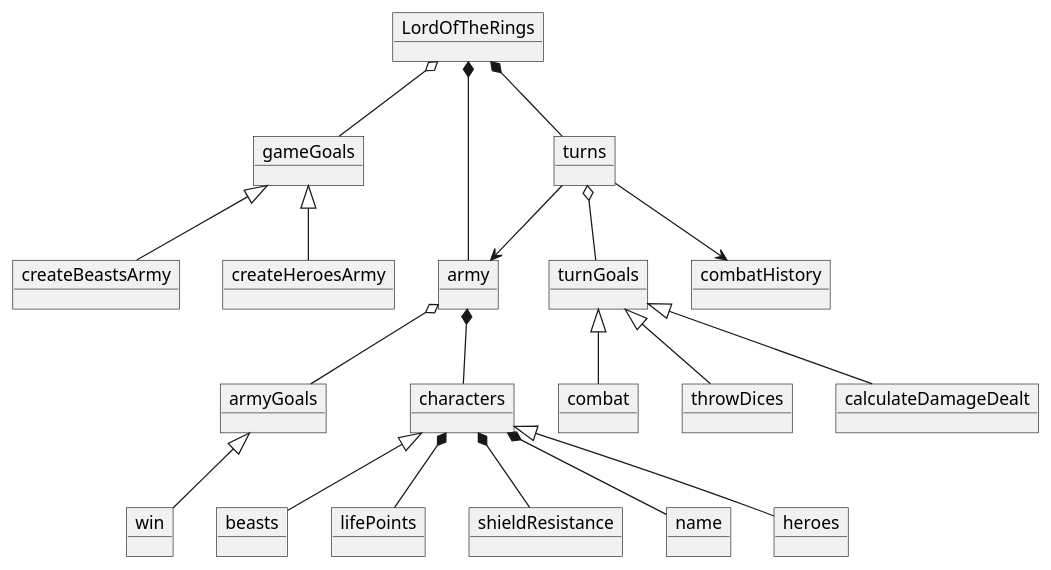
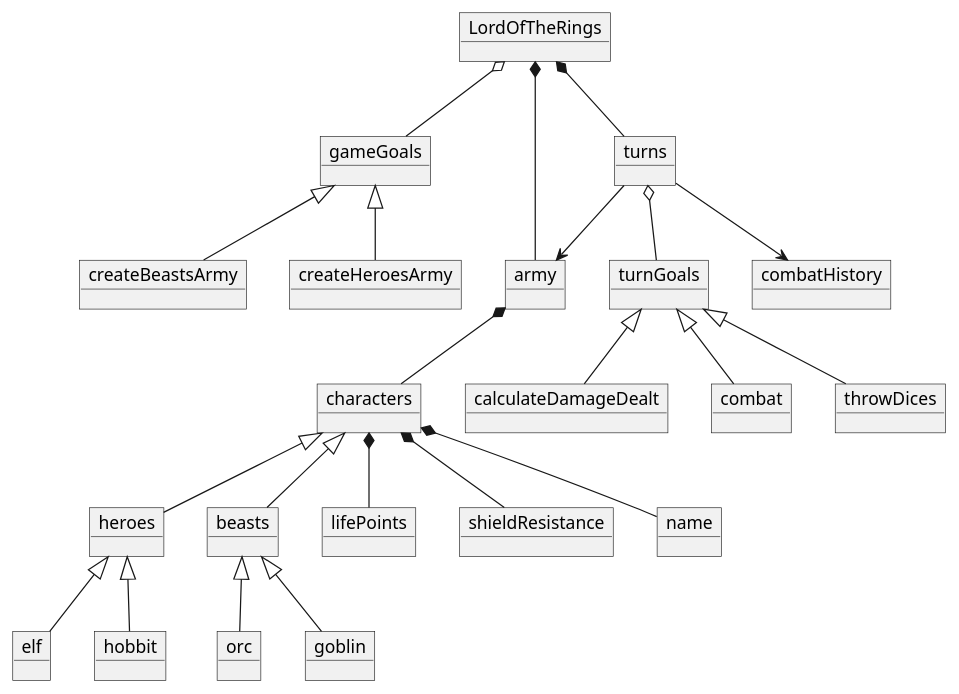
One commit to daniel-Lopez-telus/LordOfTheRings changed the diagram in docs/ObjectDiagram.puml. Above: the diagram before and after it, drawn with PlantUML.

Commit message:
object diagram updated

```diff
--- a/docs/ObjectDiagram.puml
+++ b/docs/ObjectDiagram.puml
@@ -1,52 +1,56 @@
 @startuml
 
 object LordOfTheRings
 
 object characters
 object heroes
 object beasts
 object army
 object throwDices
 object calculateDamageDealt
 object combatHistory
+object elf
+object hobbit
+object orc
+object goblin
 
 object gameGoals
 object createHeroesArmy
 object createBeastsArmy
 object combat
-object armyGoals
-object win
 
 object turns
 object turnGoals
 
 object lifePoints
 object shieldResistance
 object name
 
 LordOfTheRings *-- turns
 LordOfTheRings *-- army
 LordOfTheRings o-- gameGoals
 
 army *-- characters
 turns --> army
 characters <|-- heroes
 characters <|-- beasts
 
 gameGoals <|-- createHeroesArmy
 gameGoals <|-- createBeastsArmy
 
 turns o-- turnGoals
 turnGoals <|-- combat
 turnGoals <|-- throwDices
 turnGoals <|-- calculateDamageDealt
 
-army o-- armyGoals
-armyGoals <|-- win
 characters *-- name
 characters *-- lifePoints
 characters *-- shieldResistance
 
 turns --> combatHistory
 
+heroes <|-- elf
+heroes <|-- hobbit
+beasts <|-- orc
+beasts <|-- goblin
 @enduml
```
